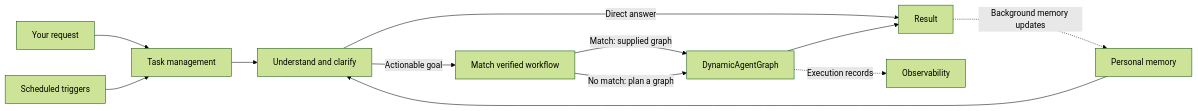
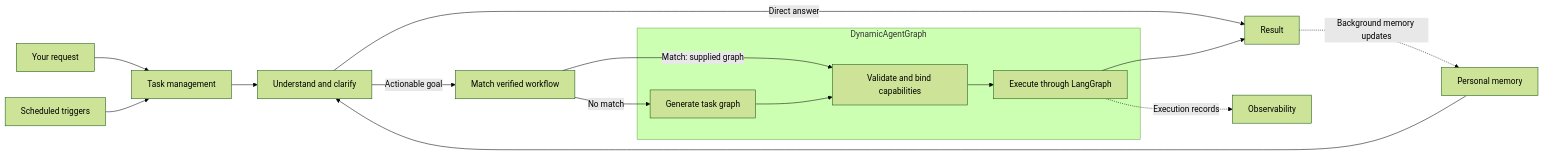
The diagram in README.md (DavidLiuXh/Karen), drawn with Mermaid (forest theme) before and after one commit. The commit also changed other lines of this file and 1 other file, not shown here.

Commit message:
Highlight DynamicAgentGraph as Karen's execution foundation

````diff
--- a/README.md
+++ b/README.md
@@ -42,14 +49,18 @@
 ```mermaid
 flowchart LR
     U[Your request] --> T[Task management]
     S[Scheduled triggers] --> T
     T --> I[Understand and clarify]
     M[Personal memory] --> I
     I -->|Direct answer| R[Result]
     I -->|Actionable goal| W[Match verified workflow]
-    W -->|Match: supplied graph| E[DynamicAgentGraph]
-    W -->|No match: plan a graph| E
+    W -->|Match: supplied graph| V
+    W -->|No match| P
+    subgraph DAG[DynamicAgentGraph]
+        P[Generate task graph] --> V[Validate and bind capabilities]
+        V --> E[Execute through LangGraph]
+    end
     E --> R
     R -. Background memory updates .-> M
     E -. Execution records .-> O[Observability]
 ```
````
